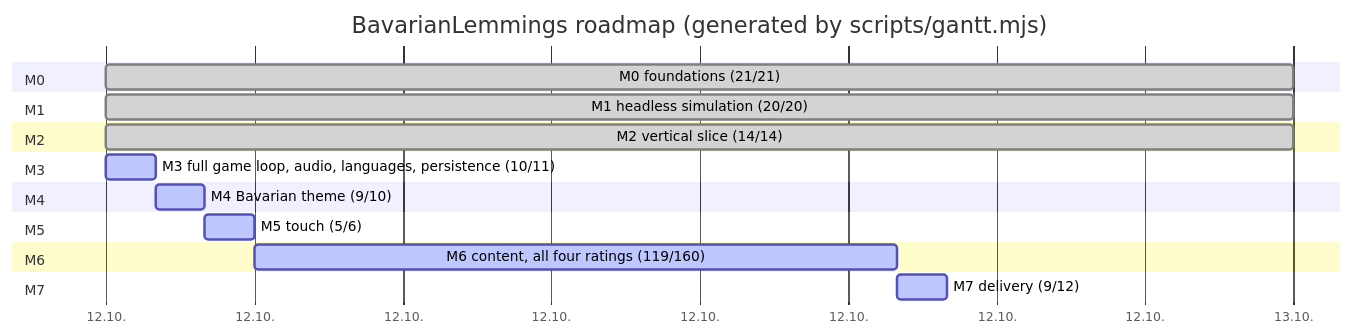
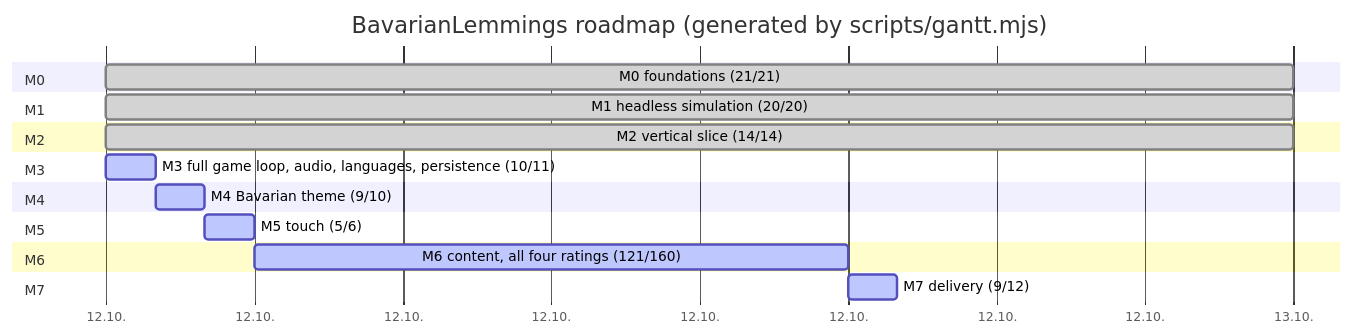
The diagram in plan.md (marcelpetrick/BavarianLemmings), drawn with Mermaid before and after one commit. The commit also changed other lines of this file and 10 other files, not shown here.

````diff
--- a/plan.md
+++ b/plan.md
@@ -43,22 +43,22 @@
 ```mermaid
 gantt
     title BavarianLemmings roadmap (generated by scripts/gantt.mjs)
     dateFormat  YYYY-MM-DD
     axisFormat  %d.%m.
     section M0
     M0 foundations (21/21) :done, m0, 2026-10-12, 1d
     section M1
     M1 headless simulation (20/20) :done, m1, 2026-10-12, 1d
     section M2
     M2 vertical slice (14/14) :done, m2, 2026-10-12, 1d
     section M3
     M3 full game loop, audio, languages, persistence (10/11) :active, m3, 2026-10-12, 1h
     section M4
     M4 Bavarian theme (9/10) :active, m4, after m3, 1h
     section M5
     M5 touch (5/6) :active, m5, after m4, 1h
     section M6
-    M6 content, all four ratings (119/160) :active, m6, after m5, 13h
+    M6 content, all four ratings (121/160) :active, m6, after m5, 12h
     section M7
     M7 delivery (9/12) :active, m7, after m6, 1h
 ```
````
